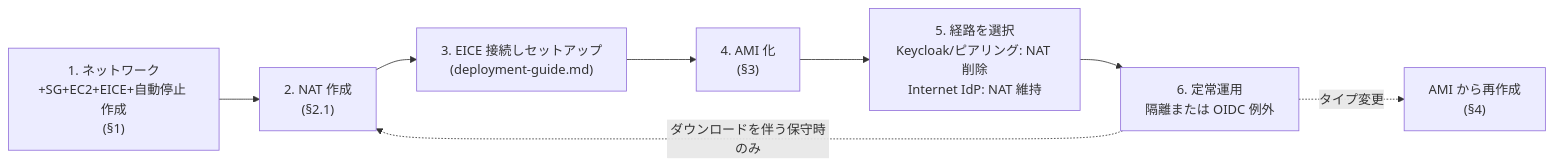
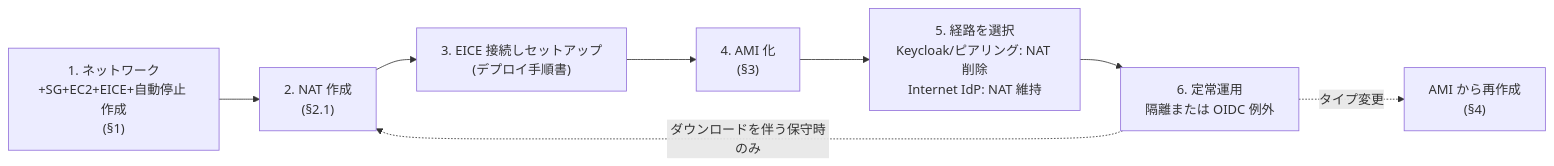
One commit to irimura/rag-system changed the second of 2 diagrams in 02-provisioning/aws-provisioning.md. Above: the diagram before and after it, drawn with Mermaid. The commit also changed other lines of this file and 25 other files, not shown here.

````diff
--- a/02-provisioning/aws-provisioning.md
+++ b/02-provisioning/aws-provisioning.md
@@ -614,10 +614,10 @@
 ```mermaid
 flowchart LR
     N["1. ネットワーク+SG+EC2+EICE+自動停止 作成<br/>(§1)"] --> NAT1["2. NAT 作成<br/>(§2.1)"]
-    NAT1 --> S["3. EICE 接続しセットアップ<br/>(deployment-guide.md)"]
+    NAT1 --> S["3. EICE 接続しセットアップ<br/>(デプロイ手順書)"]
     S --> AMI["4. AMI 化<br/>(§3)"]
     AMI --> NAT2["5. 経路を選択<br/>Keycloak/ピアリング: NAT 削除<br/>Internet IdP: NAT 維持"]
     NAT2 --> RUN["6. 定常運用<br/>隔離または OIDC 例外"]
     RUN -.->|"ダウンロードを伴う保守時のみ"| NAT1
     RUN -.->|"タイプ変更"| CH["AMI から再作成<br/>(§4)"]
 ```
````
